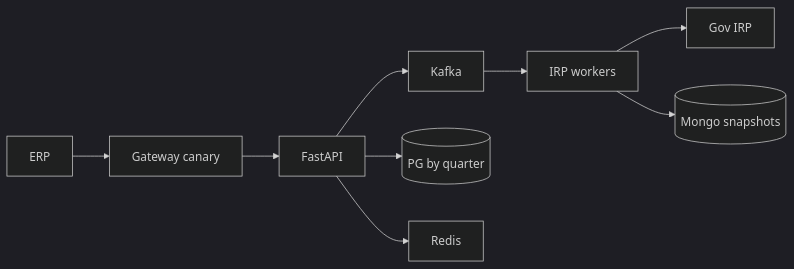
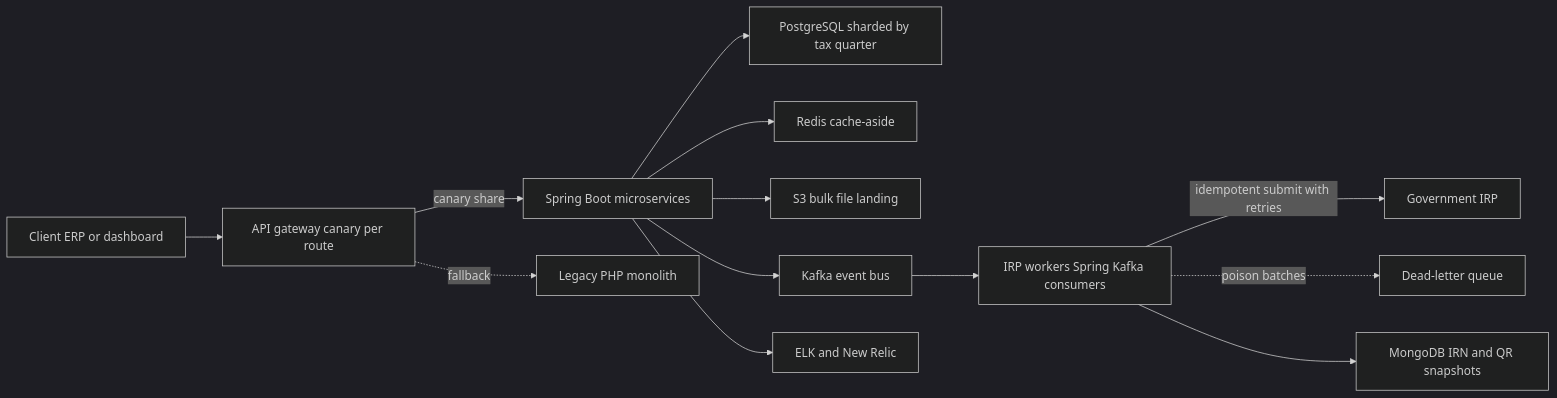
Before and after one commit to TM-DEV-PRO/final-resume: diagram 11 of 13 in final_java_ai/prep/33_architecture_diagrams.md, drawn with Mermaid (dark theme). The commit also changed other lines of this file and 617 other files, not shown here.

````diff
--- a/final_java_ai/prep/33_architecture_diagrams.md
+++ b/final_java_ai/prep/33_architecture_diagrams.md
@@ -217,10 +621,15 @@
 ```mermaid
 flowchart LR
-  ERP --> GW[Gateway canary]
-  GW --> API[FastAPI]
-  API --> KF[Kafka]
-  KF --> W[IRP workers] --> IRP[Gov IRP]
-  API --> PG[(PG by quarter)]
-  API --> Redis
-  W --> Mongo[(Mongo snapshots)]
+  ERP["Client ERP or dashboard"] --> GW["API gateway canary per route"]
+  GW -->|"canary share"| API["Spring Boot microservices"]
+  GW -.->|"fallback"| PHP["Legacy PHP monolith"]
+  API --> PG["PostgreSQL sharded by tax quarter"]
+  API --> RD["Redis cache-aside"]
+  API --> S3["S3 bulk file landing"]
+  API --> KF["Kafka event bus"]
+  KF --> WK["IRP workers Spring Kafka consumers"]
+  WK -->|"idempotent submit with retries"| IRP["Government IRP"]
+  WK -.->|"poison batches"| DLQ["Dead-letter queue"]
+  WK --> MG["MongoDB IRN and QR snapshots"]
+  API --> OBS["ELK and New Relic"]
 ```
````
